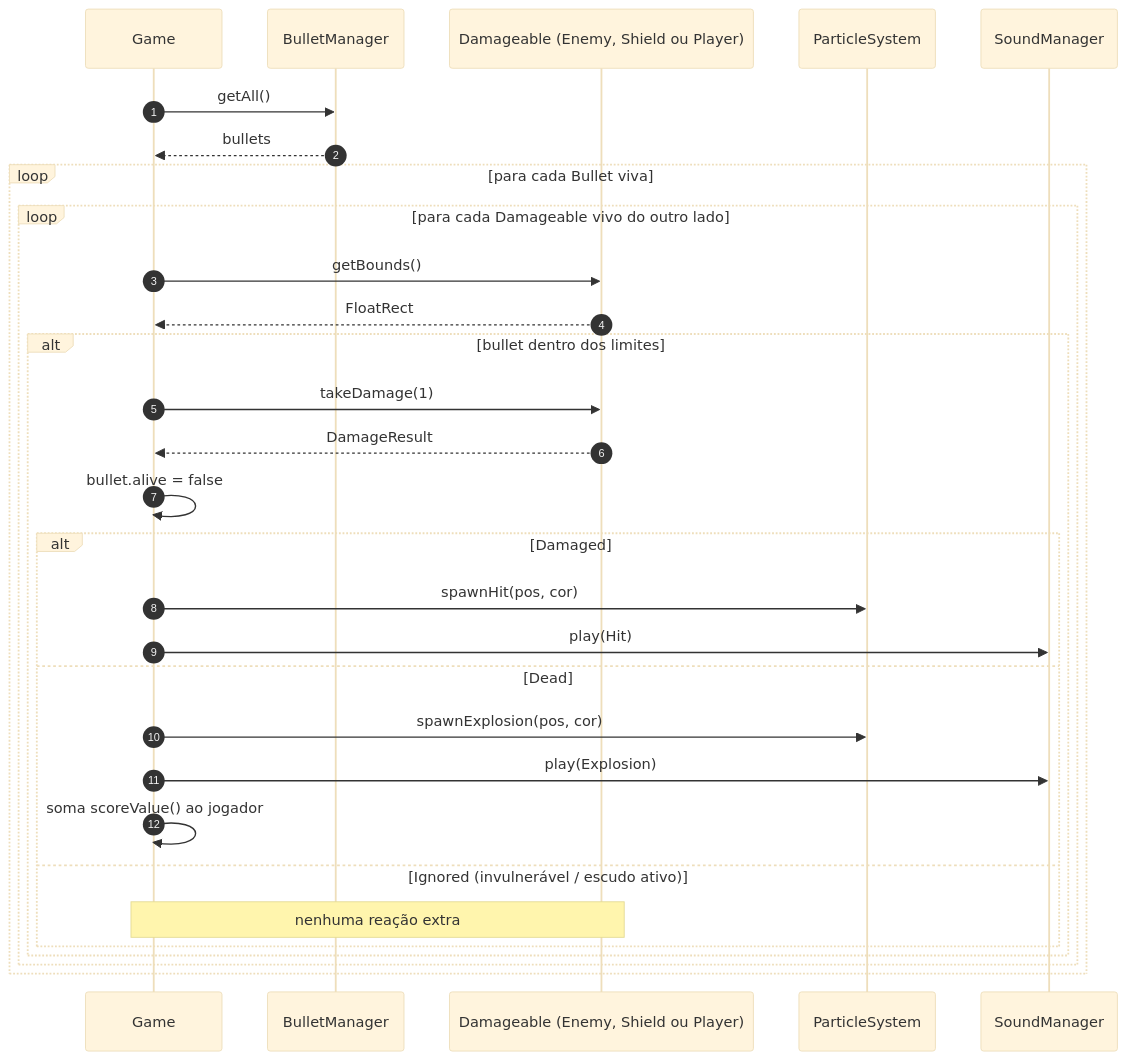
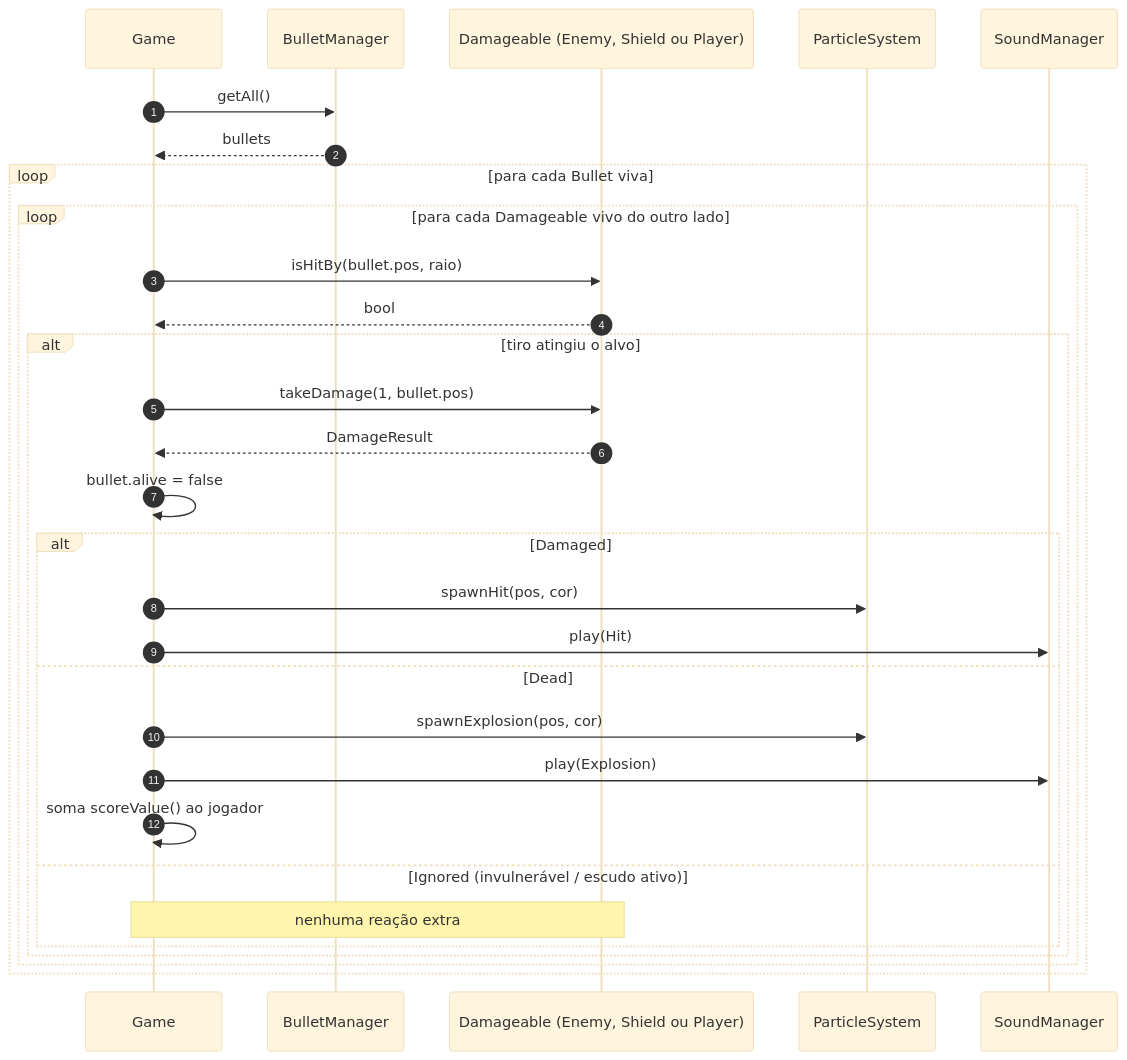
The second of 4 diagrams in docs/uml/diagramas-sequencia.md (aristofany-herderson/space-invaders), drawn with Mermaid (base theme) before and after one commit. The commit also changed other lines of this file and 1 other file, not shown here.

Commit message:
:memo: docs: atualiza diagramas UML para a hierarquia de inimigos, Damageable e EnemyFactory implementados

````diff
--- a/docs/uml/diagramas-sequencia.md
+++ b/docs/uml/diagramas-sequencia.md
@@ -48,33 +48,33 @@
 ```mermaid
 sequenceDiagram
     autonumber
     participant G as Game
     participant BM as BulletManager
     participant T as Damageable (Enemy, Shield ou Player)
     participant FX as ParticleSystem
     participant SFX as SoundManager
 
     G->>BM: getAll()
     BM-->>G: bullets
     loop para cada Bullet viva
         loop para cada Damageable vivo do outro lado
-            G->>T: getBounds()
-            T-->>G: FloatRect
-            alt bullet dentro dos limites
-                G->>T: takeDamage(1)
+            G->>T: isHitBy(bullet.pos, raio)
+            T-->>G: bool
+            alt tiro atingiu o alvo
+                G->>T: takeDamage(1, bullet.pos)
                 T-->>G: DamageResult
                 G->>G: bullet.alive = false
                 alt Damaged
                     G->>FX: spawnHit(pos, cor)
                     G->>SFX: play(Hit)
                 else Dead
                     G->>FX: spawnExplosion(pos, cor)
                     G->>SFX: play(Explosion)
                     G->>G: soma scoreValue() ao jogador
                 else Ignored (invulnerável / escudo ativo)
                     Note over G,T: nenhuma reação extra
                 end
             end
         end
     end
 ```
````
